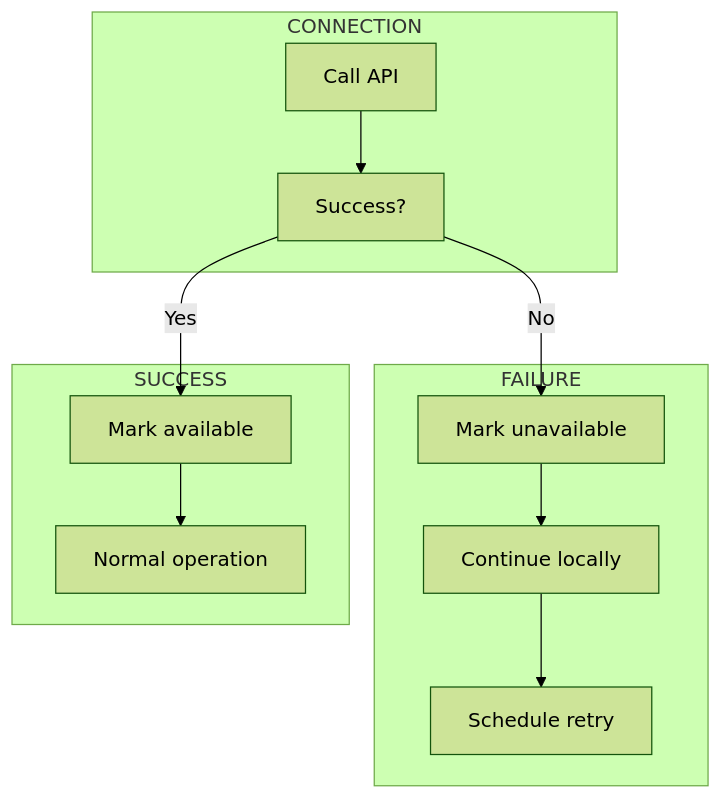
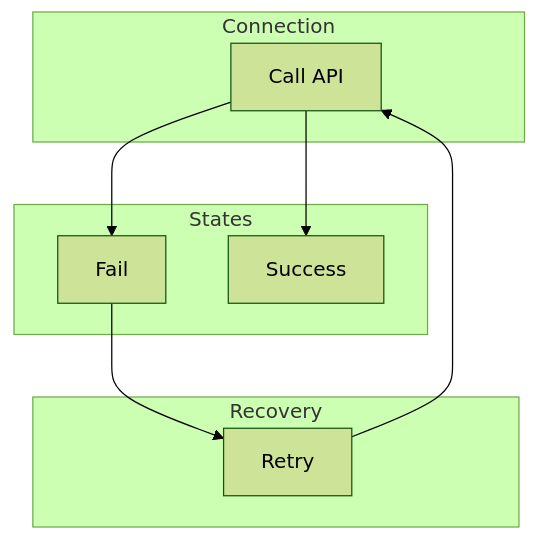
The third of 5 diagrams in examples/api_pipeline/20_reconnection/README.md (wisrovi/wpipe), drawn with Mermaid (forest theme) before and after one commit. The commit also changed other lines of this file and 20 other files, not shown here.

First line of the commit message:
Simplify Mermaid diagrams for better rendering

````diff
--- a/examples/api_pipeline/20_reconnection/README.md
+++ b/examples/api_pipeline/20_reconnection/README.md
@@ -37,22 +34,20 @@
 ```mermaid
 graph TB
-    subgraph CONNECTION
-        C1[Call API]
-        C2[Success?]
+    subgraph Connection
+        A[Call API]
     end
     
-    subgraph FAILURE
-        F1[Mark unavailable]
-        F2[Continue locally]
-        F3[Schedule retry]
+    subgraph States
+        B[Fail]
+        C[Success]
     end
     
-    subgraph SUCCESS
-        S1[Mark available]
-        S2[Normal operation]
+    subgraph Recovery
+        D[Retry]
     end
     
-    C1 --> C2
-    C2 -->|No| F1 --> F2 --> F3
-    C2 -->|Yes| S1 --> S2
+    A --> B
+    A --> C
+    B --> D
+    D --> A
 ```
````
